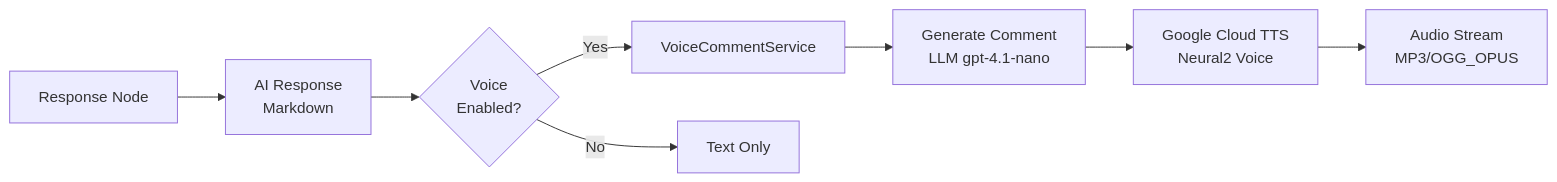
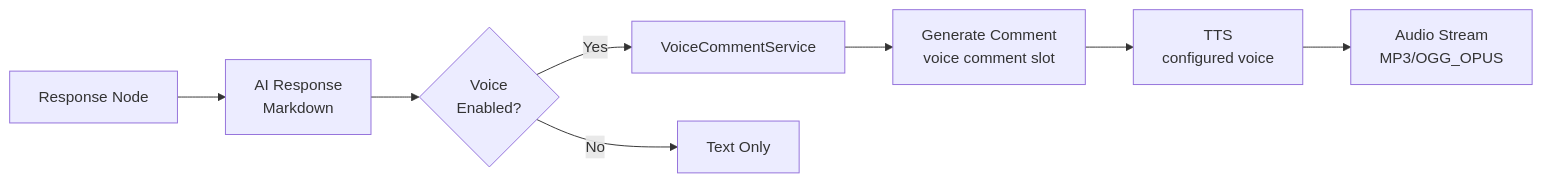
The fourth of 5 diagrams in docs/technical/RESPONSE.md (jgouviergmail/LIA-Assistant), drawn with Mermaid before and after one commit. The commit also changed other lines of this file and 123 other files, not shown here.

````diff
--- a/docs/technical/RESPONSE.md
+++ b/docs/technical/RESPONSE.md
@@ -858,10 +858,10 @@
 ```mermaid
 graph LR
     A[Response Node] --> B[AI Response<br/>Markdown]
     B --> C{Voice<br/>Enabled?}
     C -->|Yes| D[VoiceCommentService]
-    D --> E[Generate Comment<br/>LLM gpt-4.1-nano]
-    E --> F[Google Cloud TTS<br/>Neural2 Voice]
+    D --> E[Generate Comment<br/>voice comment slot]
+    E --> F[TTS<br/>configured voice]
     F --> G[Audio Stream<br/>MP3/OGG_OPUS]
     C -->|No| H[Text Only]
 ```
````
